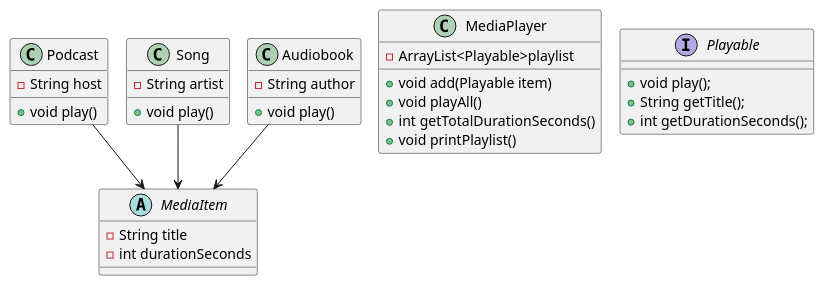
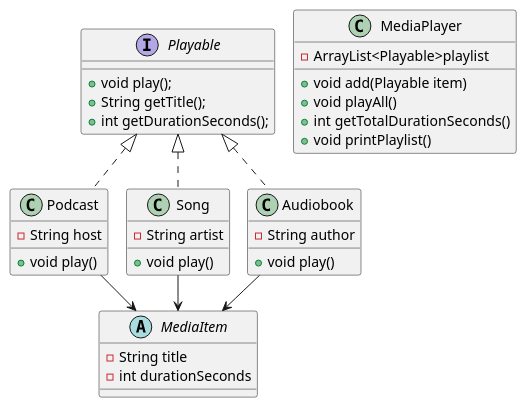
One commit to Gabbyskii/Ugeopgave6 changed the diagram in src/task1.puml. Above: the diagram before and after it, drawn with PlantUML.

Commit message:
task1 uml attempt2

```diff
--- a/src/task1.puml
+++ b/src/task1.puml
@@ -1,52 +1,55 @@
 @startuml
 !pragma layout smetana
 
 abstract class MediaItem
 class MediaPlayer
 interface Playable
 class Podcast
 class Song
 class Audiobook
 
 Podcast --> MediaItem
 Song --> MediaItem
 Audiobook --> MediaItem
 
+Playable <|.. Song
+Playable <|.. Audiobook
+Playable <|.. Podcast
 
 abstract class MediaItem {
  - String title
  - int durationSeconds
 }
 
 class MediaPlayer {
  - ArrayList<Playable>playlist
  + void add(Playable item)
  + void playAll()
  + int getTotalDurationSeconds()
  + void printPlaylist()
 }
 
 interface Playable {
     +void play();
     +String getTitle();
     +int getDurationSeconds();
 }
 
 class Podcast {
 - String host
 + void play()
 }
 
 class Audiobook {
 - String author
 + void play()
 }
 
 class Song {
 - String artist
 + void play()
 }
 
 
 
 @enduml
```
